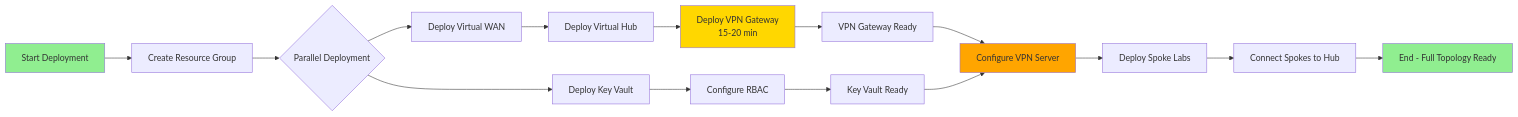
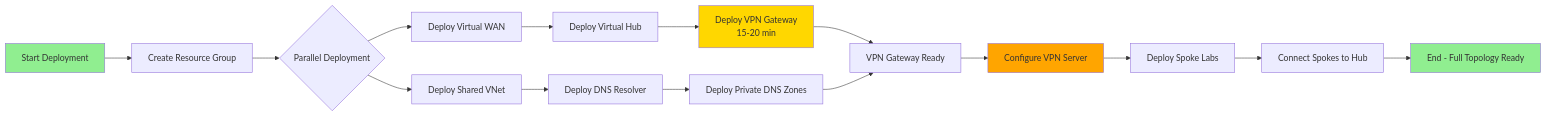
The second of 2 diagrams in docs/core-infrastructure/architecture-diagram.md (acworkma/AI-Lab), drawn with Mermaid before and after one commit. The commit also changed other lines of this file and 2 other files, not shown here.

First line of the commit message:
docs: Update core infrastructure documentation to remove Key Vault references

````diff
--- a/docs/core-infrastructure/architecture-diagram.md
+++ b/docs/core-infrastructure/architecture-diagram.md
@@ -106,22 +100,22 @@
 ```mermaid
 graph LR
     A[Start Deployment] --> B[Create Resource Group]
     B --> C{Parallel Deployment}
     C --> D[Deploy Virtual WAN]
-    C --> E[Deploy Key Vault]
+    C --> E[Deploy Shared VNet]
     D --> F[Deploy Virtual Hub]
-    E --> G[Configure RBAC]
+    E --> G[Deploy DNS Resolver]
     F --> H[Deploy VPN Gateway<br/>15-20 min]
-    H --> I[VPN Gateway Ready]
-    G --> J[Key Vault Ready]
-    I --> K[Configure VPN Server]
-    J --> K
+    G --> I[Deploy Private DNS Zones]
+    H --> J[VPN Gateway Ready]
+    I --> J
+    J --> K[Configure VPN Server]
     K --> L[Deploy Spoke Labs]
     L --> M[Connect Spokes to Hub]
     M --> N[End - Full Topology Ready]
     
     style A fill:#90EE90
     style N fill:#90EE90
     style H fill:#FFD700
     style K fill:#FFA500
 ```
````
